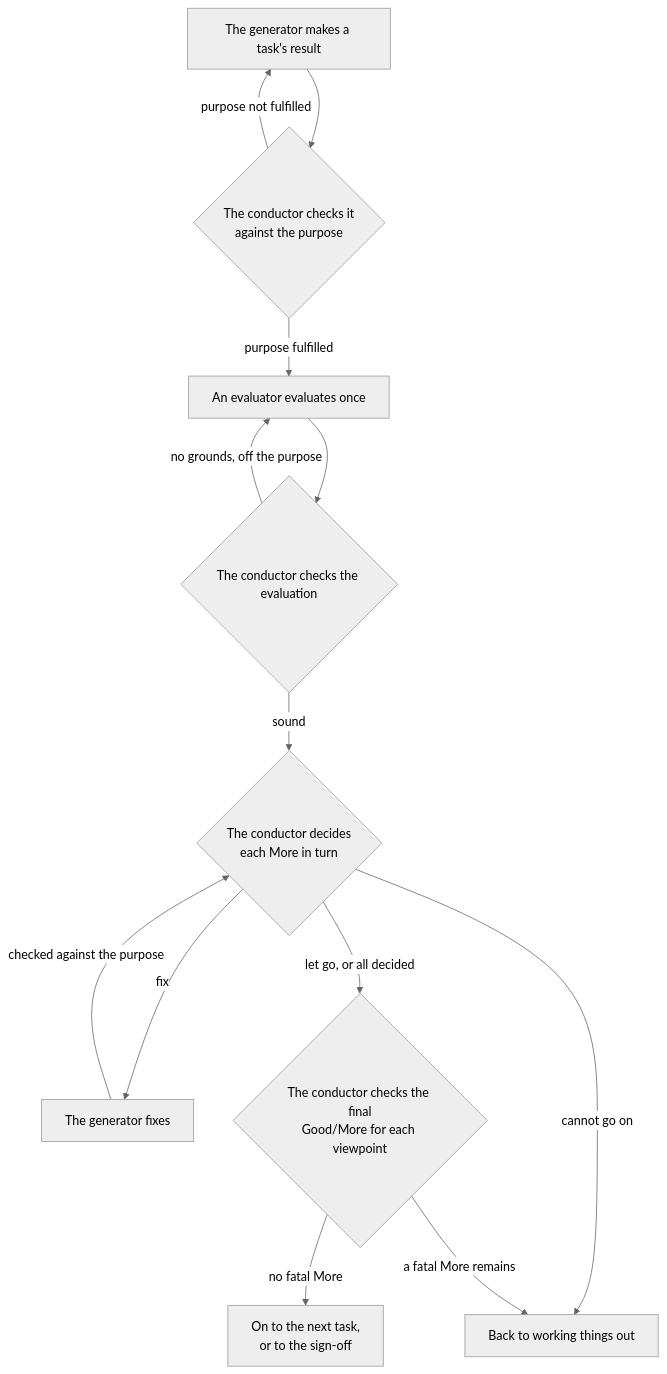
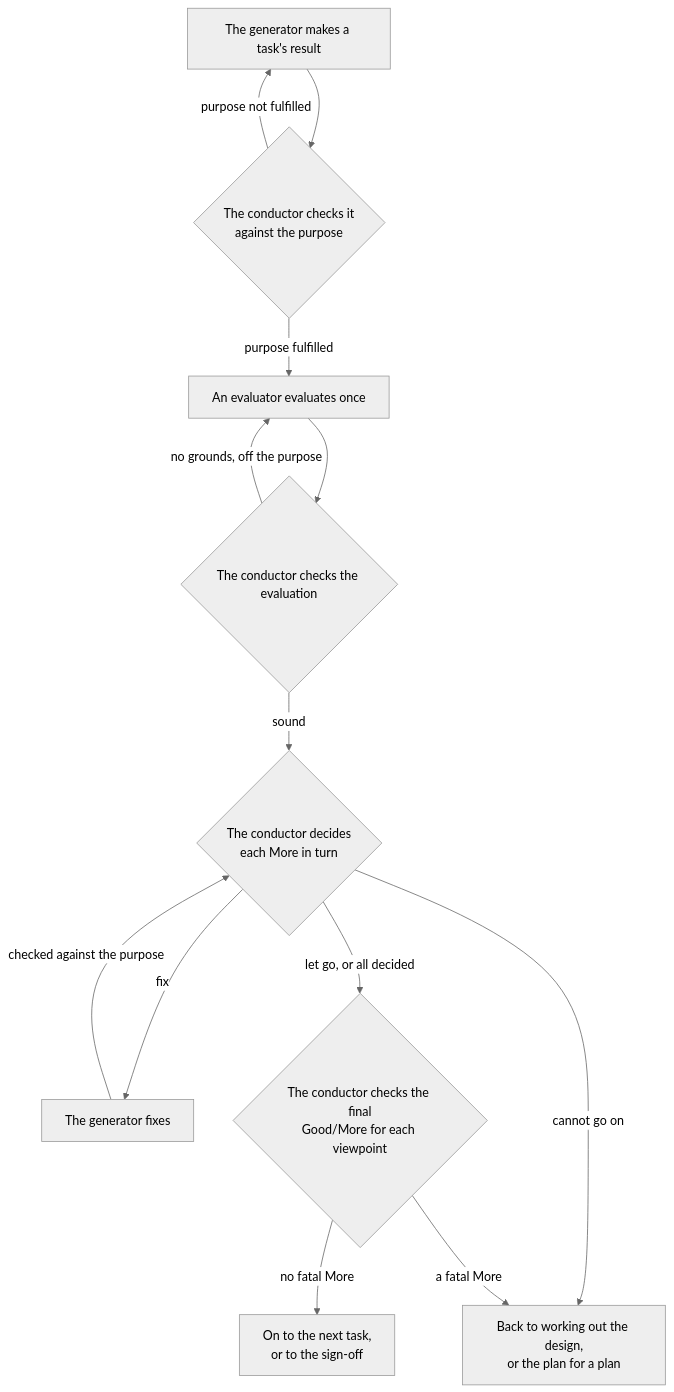
Before and after one commit to lovaizu/ccpm: the fourth of 6 diagrams in rn/docs/design.md, drawn with Mermaid (neutral theme). The commit also changed other lines of this file and 1 other file, not shown here.

````diff
--- a/rn/docs/design.md
+++ b/rn/docs/design.md
@@ -191,24 +192,24 @@
 ```mermaid
 flowchart TD
     M["The generator makes a task's result"]
     K{"The conductor checks it<br/>against the purpose"}
     V["An evaluator evaluates once"]
     KE{"The conductor checks the evaluation"}
     D{"The conductor decides<br/>each More in turn"}
     F["The generator fixes"]
     J{"The conductor checks the final<br/>Good/More for each viewpoint"}
     N["On to the next task,<br/>or to the sign-off"]
-    U["Back to working things out"]
+    U["Back to working out the design,<br/>or the plan for a plan"]
     M --> K
     K -->|"purpose not fulfilled"| M
     K -->|"purpose fulfilled"| V
     V --> KE
     KE -->|"no grounds, off the purpose"| V
     KE -->|"sound"| D
     D -->|"fix"| F
     F -->|"checked against the purpose"| D
     D -->|"let go, or all decided"| J
     D -->|"cannot go on"| U
     J -->|"no fatal More"| N
-    J -->|"a fatal More remains"| U
+    J -->|"a fatal More"| U
 ```
````
